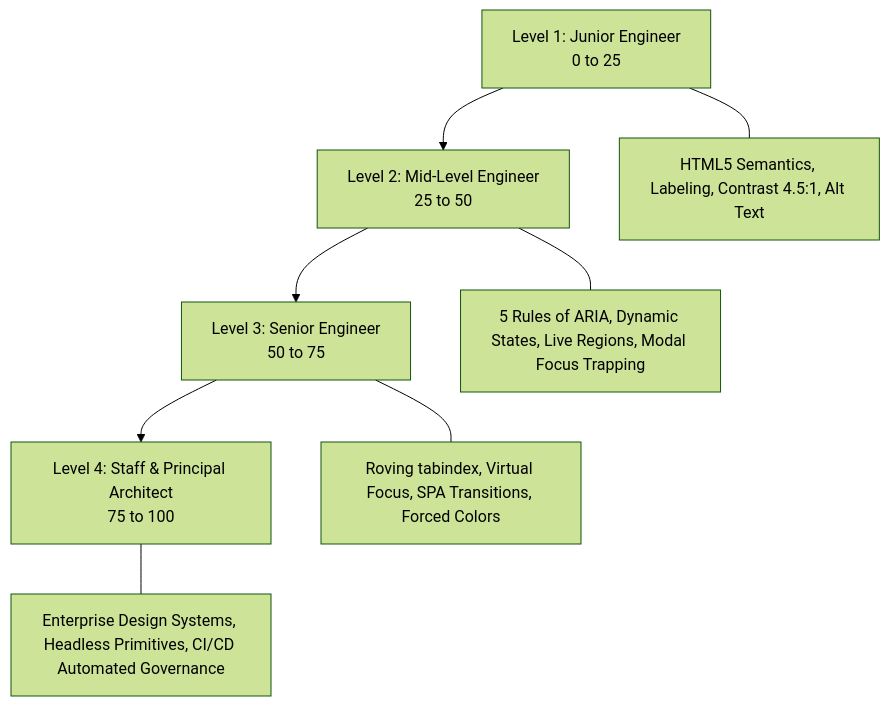
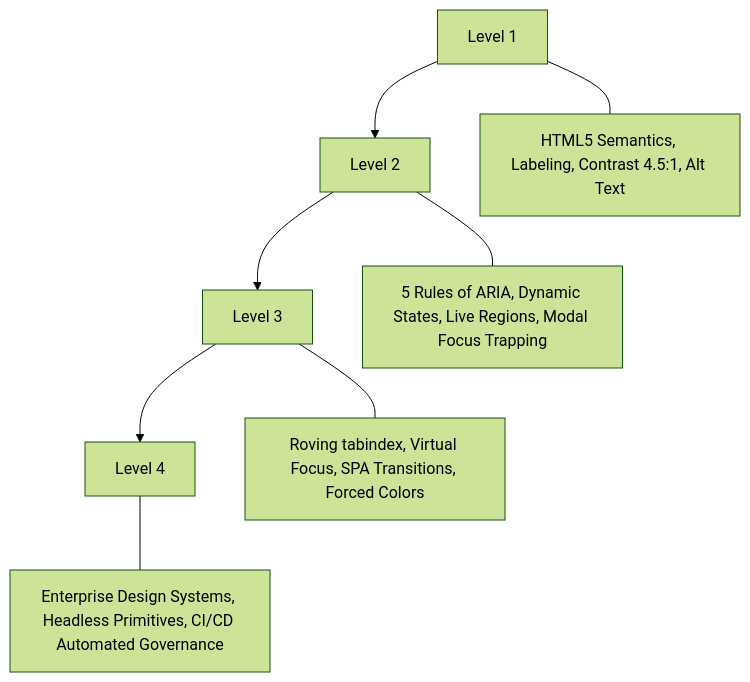
The sixth of 6 diagrams in Accessibility/README.md (kumaratul60/System-Design), drawn with Mermaid (forest theme) before and after one commit.

Commit message:
refactor: Update engineer level descriptions for clarity in Accessibility documentation

````diff
--- a/Accessibility/README.md
+++ b/Accessibility/README.md
@@ -240,11 +240,11 @@
 ```mermaid
 graph TD
-    L1[Level 1: Junior Engineer<br/>0 to 25] --> L2[Level 2: Mid-Level Engineer<br/>25 to 50]
-    L2 --> L3[Level 3: Senior Engineer<br/>50 to 75]
-    L3 --> L4[Level 4: Staff & Principal Architect<br/>75 to 100]
+    L1[Level 1 <br/>] --> L2[Level 2 <br/>]
+    L2 --> L3[Level 3 <br/>]
+    L3 --> L4[Level 4 <br/>]
 
     L1 --- L1_Desc[HTML5 Semantics, Labeling, Contrast 4.5:1, Alt Text]
     L2 --- L2_Desc[5 Rules of ARIA, Dynamic States, Live Regions, Modal Focus Trapping]
     L3 --- L3_Desc[Roving tabindex, Virtual Focus, SPA Transitions, Forced Colors]
     L4 --- L4_Desc[Enterprise Design Systems, Headless Primitives, CI/CD Automated Governance]
 ```
````
